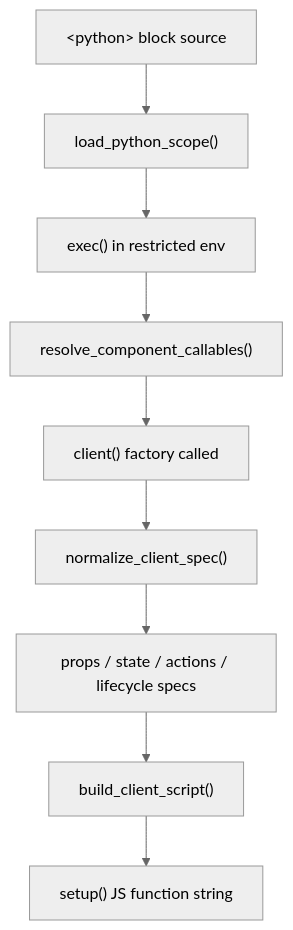
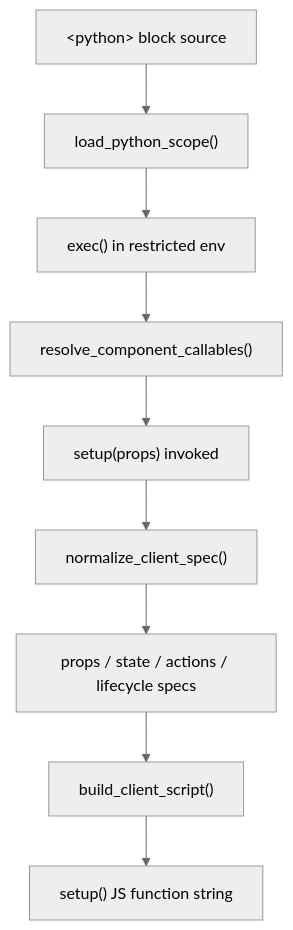
Before and after one commit to roderiano/lua-spa: the first of 2 diagrams in docs/docs/advanced/code-generator.md, drawn with Mermaid (neutral theme). The commit also changed other lines of this file and 21 other files, not shown here.

Commit message:
docs(hydration) update hydration guide for setup(self, props) model

````diff
--- a/docs/docs/advanced/code-generator.md
+++ b/docs/docs/advanced/code-generator.md
@@ -14,11 +14,11 @@
 ```mermaid
 flowchart TD
     A["&lt;python&gt; block source"] --> B["load_python_scope()"]
     B --> C["exec() in restricted env"]
     C --> D["resolve_component_callables()"]
-    D --> E["client() factory called"]
+    D --> E["setup(props) invoked"]
     E --> F["normalize_client_spec()"]
     F --> G["props / state / actions / lifecycle specs"]
     G --> H["build_client_script()"]
     H --> I["setup() JS function string"]
 ```
````
